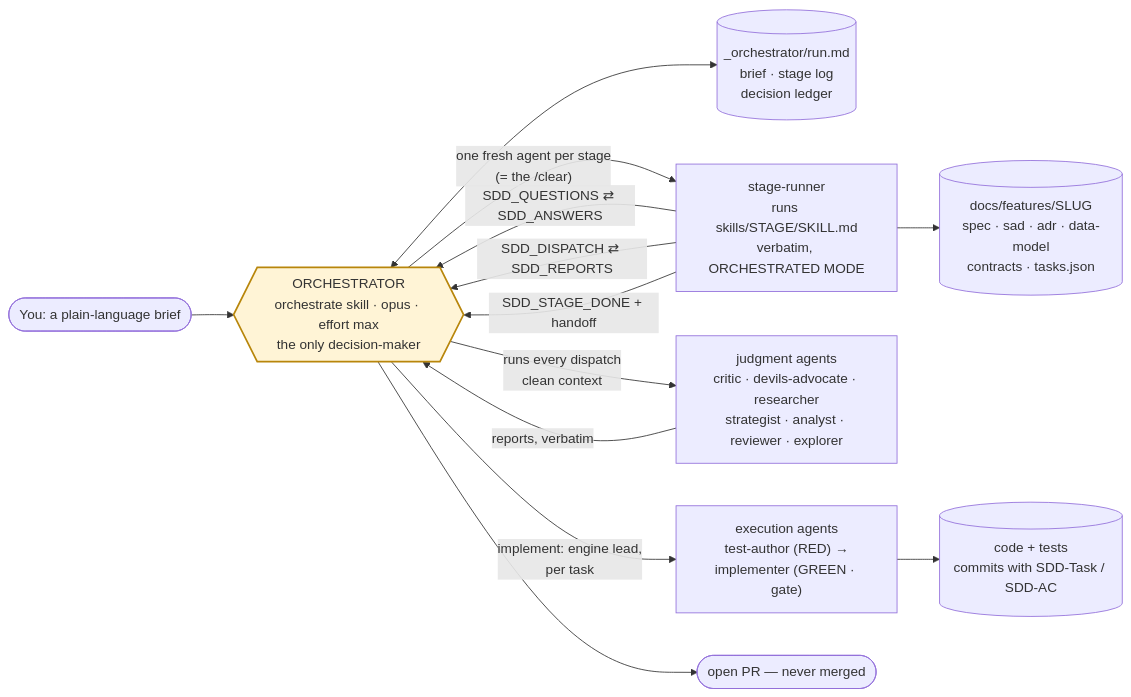
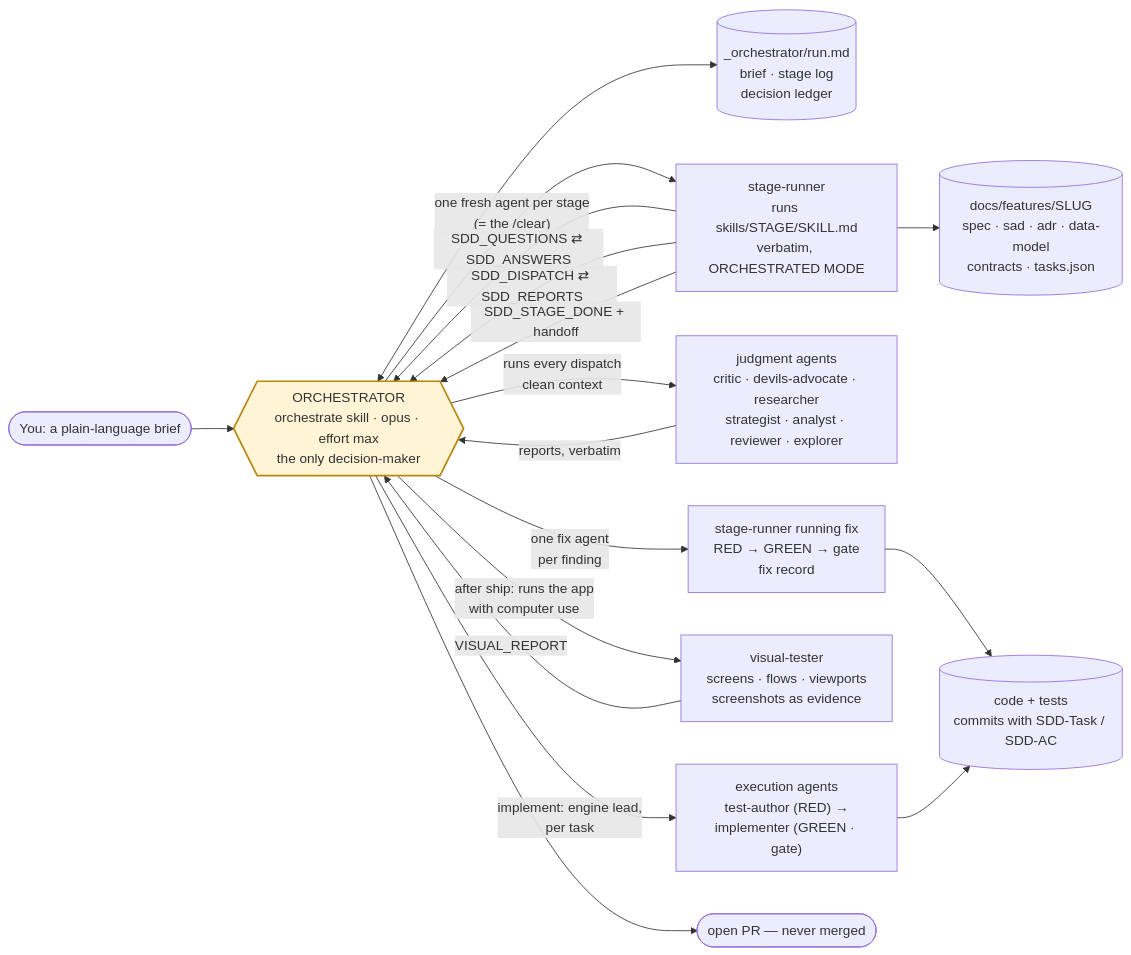
The second of 8 diagrams in README.md (rdobryanskyy/sdd-with-orchestrator), drawn with Mermaid before and after one commit. The commit also changed other lines of this file and 42 other files, not shown here.

````diff
--- a/README.md
+++ b/README.md
@@ -234,18 +242,22 @@
 ```mermaid
 flowchart LR
     U([You: a plain-language brief]) --> OR
     OR{{"ORCHESTRATOR<br/>orchestrate skill · opus · effort max<br/>the only decision-maker"}}
     OR <--> LG[("_orchestrator/run.md<br/>brief · stage log<br/>decision ledger")]
     OR -- "one fresh agent per stage<br/>(= the /clear)" --> SR["stage-runner<br/>runs skills/STAGE/SKILL.md<br/>verbatim, ORCHESTRATED MODE"]
     SR -- "SDD_QUESTIONS ⇄ SDD_ANSWERS" --> OR
     SR -- "SDD_DISPATCH ⇄ SDD_REPORTS" --> OR
     SR -- "SDD_STAGE_DONE + handoff" --> OR
     SR --> ART[("docs/features/SLUG<br/>spec · sad · adr · data-model<br/>contracts · tasks.json")]
     OR -- "runs every dispatch<br/>clean context" --> J["judgment agents<br/>critic · devils-advocate · researcher<br/>strategist · analyst · reviewer · explorer"]
     J -- "reports, verbatim" --> OR
     OR -- "implement: engine lead,<br/>per task" --> X["execution agents<br/>test-author (RED) →<br/>implementer (GREEN · gate)"]
+    OR -- "after ship: runs the app<br/>with computer use" --> VTA["visual-tester<br/>screens · flows · viewports<br/>screenshots as evidence"]
+    VTA -- "VISUAL_REPORT" --> OR
+    OR -- "one fix agent<br/>per finding" --> FXA["stage-runner running fix<br/>RED → GREEN → gate<br/>fix record"]
+    FXA --> CODE
     X --> CODE[("code + tests<br/>commits with SDD-Task / SDD-AC")]
     OR --> PR([open PR — never merged])
     classDef orch fill:#fff4d6,stroke:#b8860b,stroke-width:2px
     class OR orch
 ```
````
